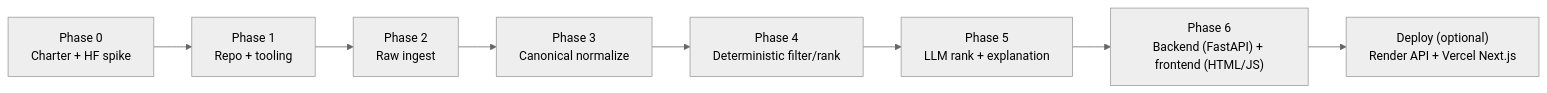
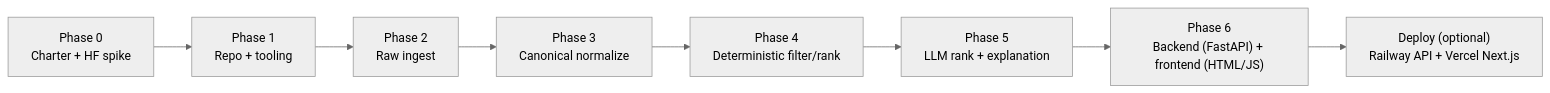
The second of 3 diagrams in Docs/PhaseWiseArchitecture.md (ArpitDumka/Zomato_Restaurant_Recommendation), drawn with Mermaid (neutral theme) before and after one commit. The commit also changed other lines of this file and 8 other files, not shown here.

Commit message:
deploy: Railway backend + Vercel, remove Render blueprint

````diff
--- a/Docs/PhaseWiseArchitecture.md
+++ b/Docs/PhaseWiseArchitecture.md
@@ -62,10 +62,10 @@
 ```mermaid
 flowchart LR
   P0["Phase 0<br/>Charter + HF spike"] --> P1["Phase 1<br/>Repo + tooling"]
   P1 --> P2["Phase 2<br/>Raw ingest"]
   P2 --> P3["Phase 3<br/>Canonical normalize"]
   P3 --> P4["Phase 4<br/>Deterministic filter/rank"]
   P4 --> P5["Phase 5<br/>LLM rank + explanation"]
   P5 --> P6["Phase 6<br/>Backend (FastAPI) + frontend (HTML/JS)"]
-  P6 --> P7["Deploy (optional)<br/>Render API + Vercel Next.js"]
+  P6 --> P7["Deploy (optional)<br/>Railway API + Vercel Next.js"]
 ```
````
